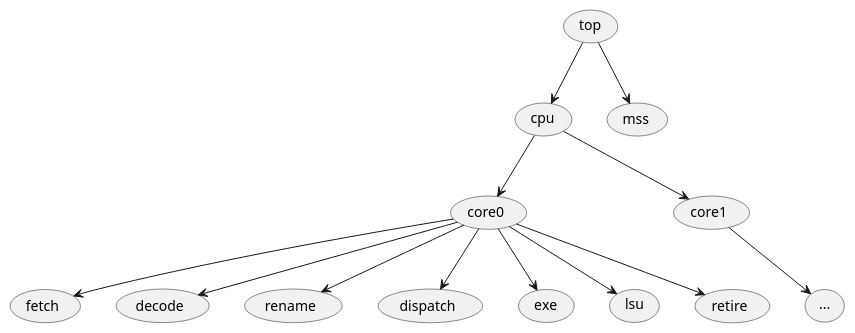
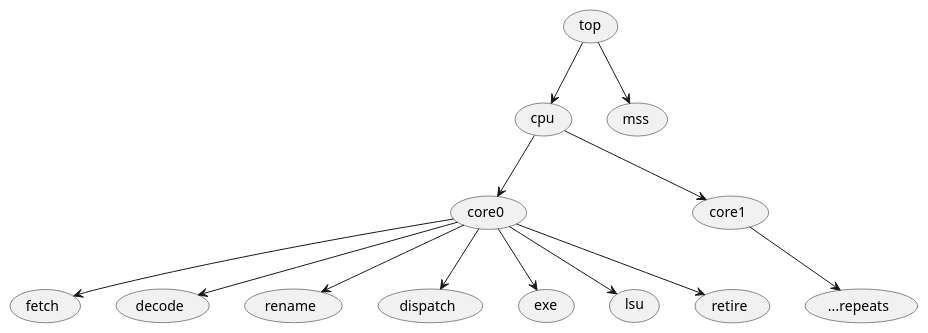
One commit to sparcians/map changed the first of 3 diagrams in sparta/doc/sparta_book/chapters/construction.adoc. Above: the diagram before and after it, drawn with PlantUML. The commit also changed other lines of this file and 1 other file, not shown here.

```diff
--- a/sparta/doc/sparta_book/chapters/construction.adoc
+++ b/sparta/doc/sparta_book/chapters/construction.adoc
@@ -23,15 +17,17 @@
 [plantuml,align="center"]
 ....
+@startuml
 (top) --> (cpu)
 (top) --> (mss)
 (cpu) --> (core0)
 (cpu) --> (core1)
 (core0) --> (fetch)
 (core0) --> (decode)
 (core0) --> (rename)
 (core0) --> (dispatch)
 (core0) --> (exe)
 (core0) --> (lsu)
 (core0) --> (retire)
-(core1) --> (...)
+(core1) --> (...repeats)
+@enduml
 ....
```
